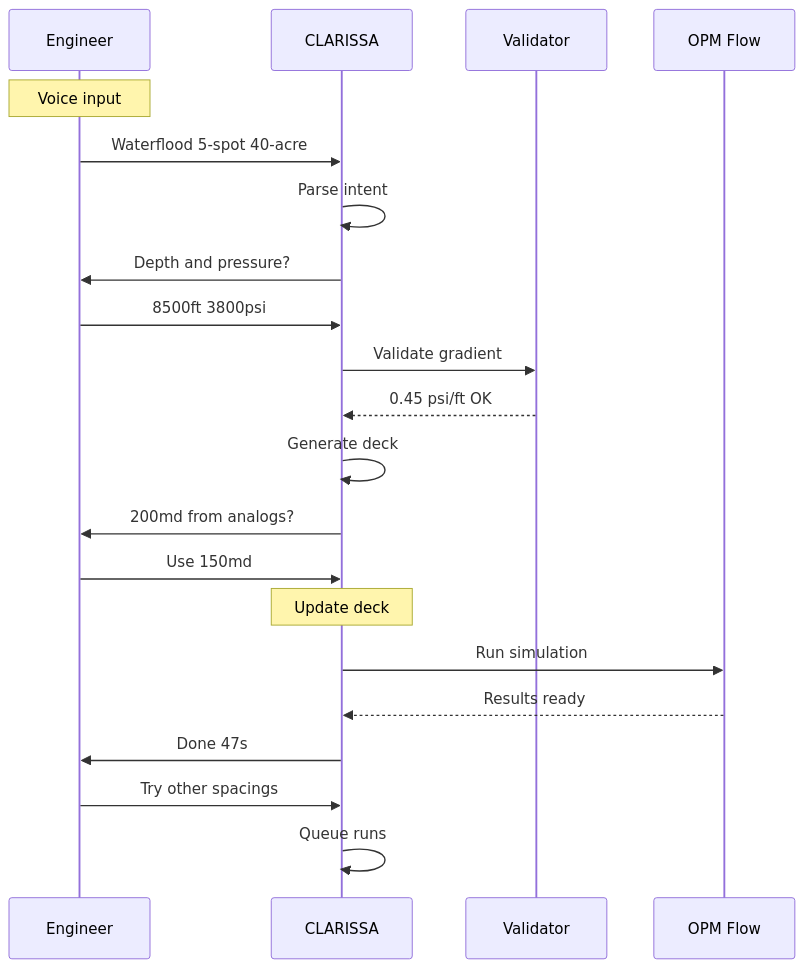
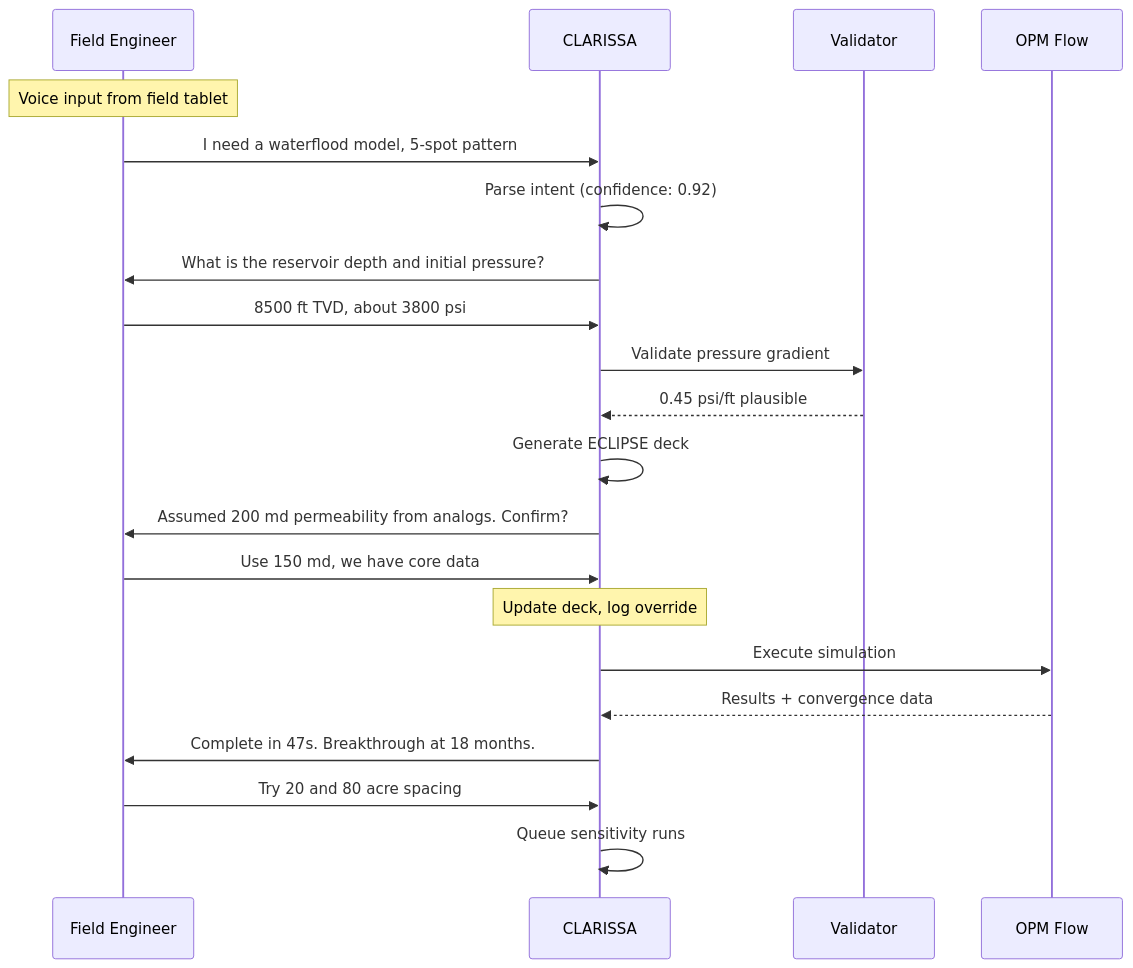
One commit to wolfram-laube/clarissa changed the fifth of 6 diagrams in conference/spe-europe-2026/sources/wolfram/abstract-merged.md. Above: the diagram before and after it, drawn with Mermaid. The commit also changed other lines of this file, not shown here.

Commit message:
fix: simplify Mermaid diagrams, remove emojis (fixes rendering)

````diff
--- a/conference/spe-europe-2026/sources/wolfram/abstract-merged.md
+++ b/conference/spe-europe-2026/sources/wolfram/abstract-merged.md
@@ -176,24 +203,24 @@
 ```mermaid
 sequenceDiagram
-    participant E as Engineer
-    participant C as CLARISSA  
+    participant E as Field Engineer
+    participant C as CLARISSA
     participant V as Validator
     participant S as OPM Flow
 
-    Note over E: Voice input
-    E->>C: Waterflood 5-spot 40-acre
-    C->>C: Parse intent
-    C->>E: Depth and pressure?
-    E->>C: 8500ft 3800psi
-    C->>V: Validate gradient
-    V-->>C: 0.45 psi/ft OK
-    C->>C: Generate deck
-    C->>E: 200md from analogs?
-    E->>C: Use 150md
-    Note over C: Update deck
-    C->>S: Run simulation
-    S-->>C: Results ready
-    C->>E: Done 47s
-    E->>C: Try other spacings
-    C->>C: Queue runs
+    Note over E: Voice input from field tablet
+    E->>C: I need a waterflood model, 5-spot pattern
+    C->>C: Parse intent (confidence: 0.92)
+    C->>E: What is the reservoir depth and initial pressure?
+    E->>C: 8500 ft TVD, about 3800 psi
+    C->>V: Validate pressure gradient
+    V-->>C: 0.45 psi/ft plausible
+    C->>C: Generate ECLIPSE deck
+    C->>E: Assumed 200 md permeability from analogs. Confirm?
+    E->>C: Use 150 md, we have core data
+    Note over C: Update deck, log override
+    C->>S: Execute simulation
+    S-->>C: Results + convergence data
+    C->>E: Complete in 47s. Breakthrough at 18 months.
+    E->>C: Try 20 and 80 acre spacing
+    C->>C: Queue sensitivity runs
 ```
````
